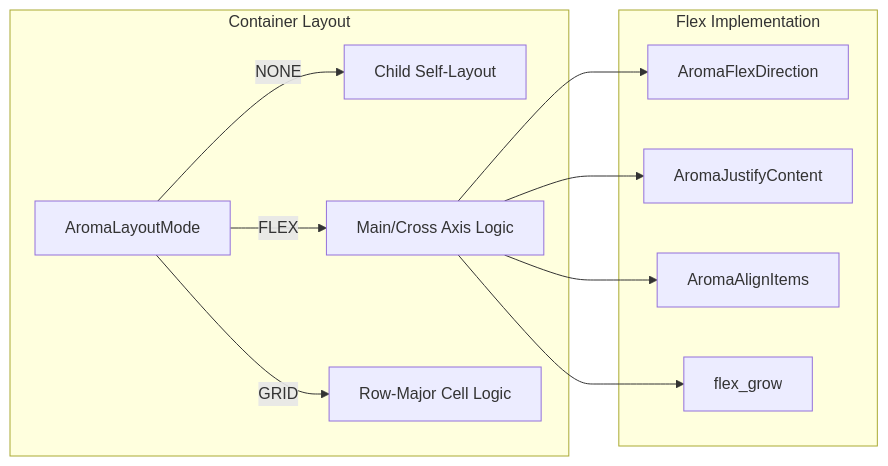
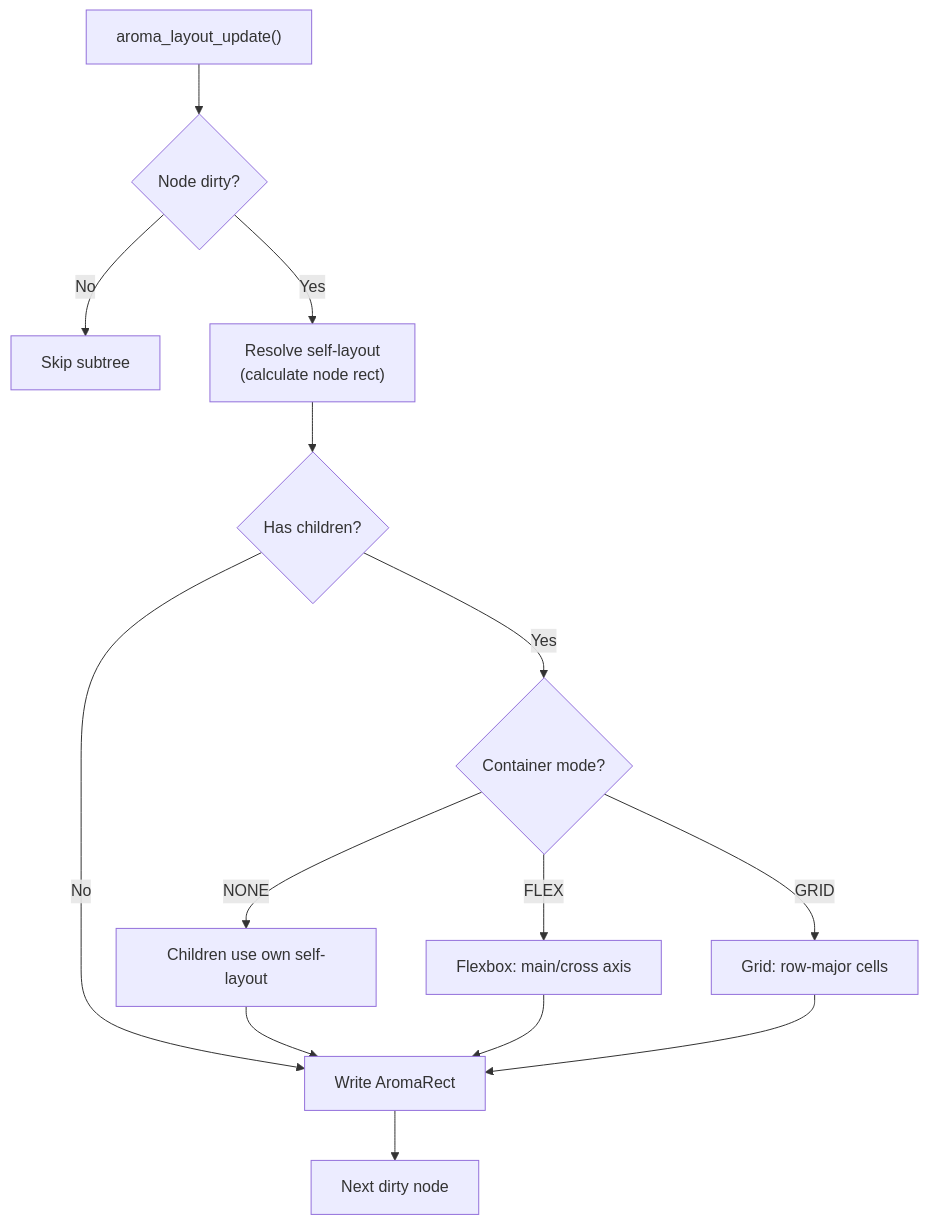
Before and after one commit to BinaryInkTN/AromaUI: the diagram in docs/core-framework/Layout-Engine.md, drawn with Mermaid. The commit also changed other lines of this file and 2880 other files, not shown here.

````diff
--- a/docs/core-framework/Layout-Engine.md
+++ b/docs/core-framework/Layout-Engine.md
@@ -71,22 +70,16 @@
 ```mermaid
-flowchart LR
-    subgraph subGraph1 ["Flex Implementation"]
-        Dir["AromaFlexDirection"]
-        Just["AromaJustifyContent"]
-        Align["AromaAlignItems"]
-        Grow["flex_grow"]
-    end
-    subgraph subGraph0 ["Container Layout"]
-        Mode["AromaLayoutMode"]
-        Absolute["Child Self-Layout"]
-        Flex["Main/Cross Axis Logic"]
-        Grid["Row-Major Cell Logic"]
-    end
-    Mode -->|"NONE"| Absolute
-    Mode -->|"FLEX"| Flex
-    Mode -->|"GRID"| Grid
-    Flex --> Dir
-    Flex --> Just
-    Flex --> Align
-    Flex --> Grow
+flowchart TD
+    Start["aroma_layout_update()"] --> Dirty{"Node dirty?"}
+    Dirty -->|No| Skip["Skip subtree"]
+    Dirty -->|Yes| Self["Resolve self-layout<br/>(calculate node rect)"]
+    Self --> Container{"Has children?"}
+    Container -->|No| Done["Write AromaRect"]
+    Container -->|Yes| Mode{"Container mode?"}
+    Mode -->|NONE| Absolute["Children use own self-layout"]
+    Mode -->|FLEX| Flex["Flexbox: main/cross axis"]
+    Mode -->|GRID| Grid["Grid: row-major cells"]
+    Absolute --> Done
+    Flex --> Done
+    Grid --> Done
+    Done --> Next["Next dirty node"]
 ```
````
